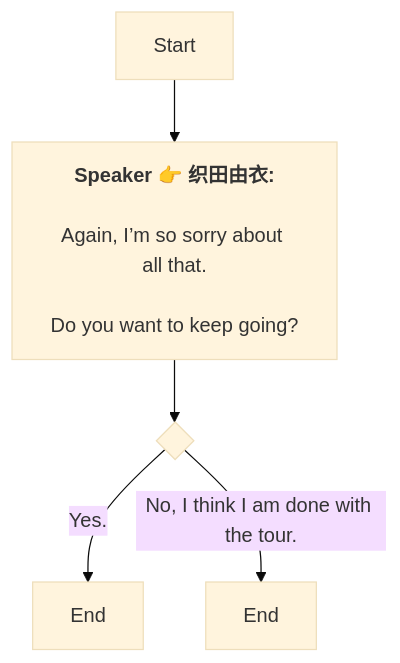
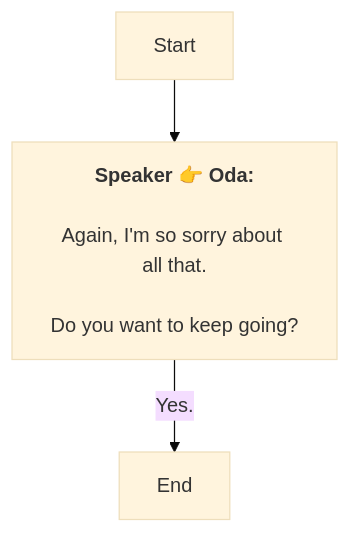
Before and after one commit to SoftHu/tos_avg: the diagram in Zh/QuestStartTalkENode_1772261162942652.md, drawn with Mermaid (base theme). The commit also changed 737 other files, not shown here.

````diff
--- a/Zh/QuestStartTalkENode_1772261162942652.md
+++ b/Zh/QuestStartTalkENode_1772261162942652.md
@@ -1,12 +1,8 @@
 ```mermaid
 graph
-Start -->1772261313100991[<b>Speaker 👉 织田由衣:</b>
+Start -->1772261313100991[<b>Speaker 👉 Oda:</b>
+\nAgain, I'm so sorry about all that.
+\nDo you want to keep going?]
+1772261313100991 -->|Yes.|1772261338034369[End]
 
-Again, I’m so sorry about all that.
-
-Do you want to keep going?]
-1772261313100991 -->1772261335803072{ }
-1772261335803072 -->|Yes.|1772261338034369[End]
-1772261335803072 -->|No, I think I am done with the tour.|1772261384326342[End]
-
- ```
+```
````
